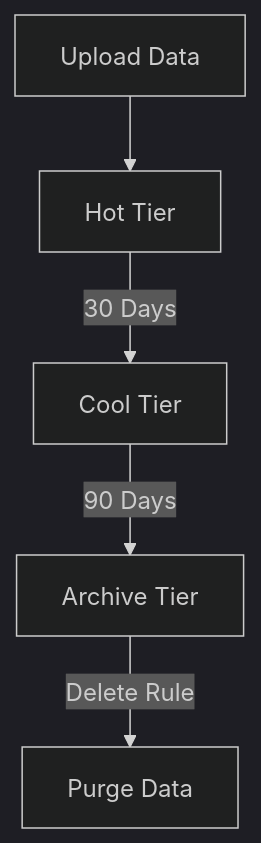
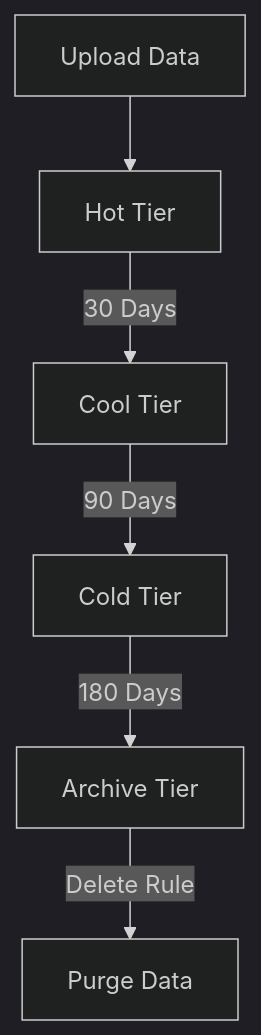
One commit to yeongseon/azure-storage-practical-guide changed the diagram in docs/operations/manage-lifecycle-policies.md. Above: the diagram before and after it, drawn with Mermaid (dark theme). The commit also changed 16 other files, not shown here.

````diff
--- a/docs/operations/manage-lifecycle-policies.md
+++ b/docs/operations/manage-lifecycle-policies.md
@@ -15,7 +15,8 @@
 ```mermaid
 graph TD
     A[Upload Data] --> B[Hot Tier]
     B -->|30 Days| C[Cool Tier]
-    C -->|90 Days| D[Archive Tier]
-    D -->|Delete Rule| E[Purge Data]
+    C -->|90 Days| D[Cold Tier]
+    D -->|180 Days| E[Archive Tier]
+    E -->|Delete Rule| F[Purge Data]
 ```
````
